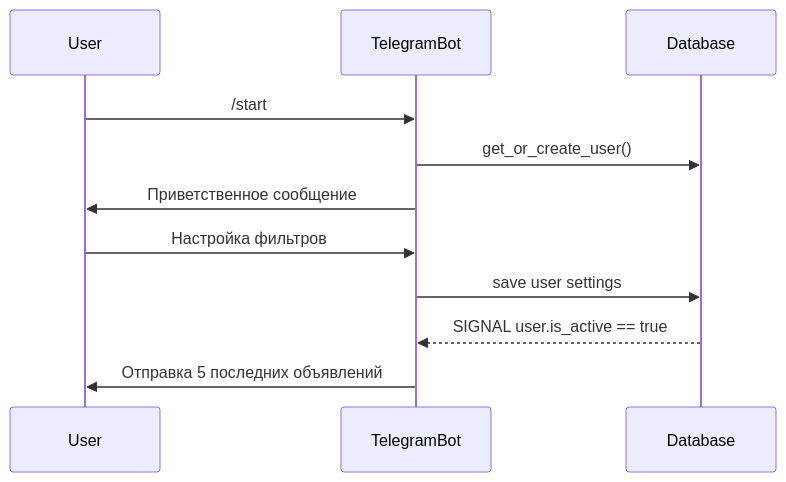
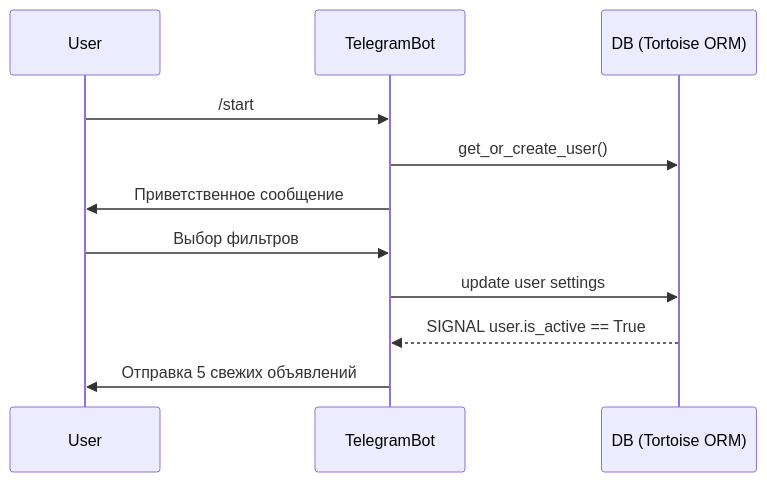
Before and after one commit to Mazavinka/BelHomeFinder: the second of 3 diagrams in README.md, drawn with Mermaid. The commit also changed other lines of this file and 3 other files, not shown here.

````diff
--- a/README.md
+++ b/README.md
@@ -83,16 +98,16 @@
 ```mermaid
 sequenceDiagram
     participant U as User
     participant T as TelegramBot
-    participant DB as Database
+    participant DB as DB (Tortoise ORM)
 
     U->>T: /start
     T->>DB: get_or_create_user()
     T->>U: Приветственное сообщение
 
-    U->>T: Настройка фильтров
-    T->>DB: save user settings
+    U->>T: Выбор фильтров
+    T->>DB: update user settings
 
-    DB-->>T: SIGNAL user.is_active == true
-    T->>U: Отправка 5 последних объявлений
+    DB-->>T: SIGNAL user.is_active == True
+    T->>U: Отправка 5 свежих объявлений
 ```
````
